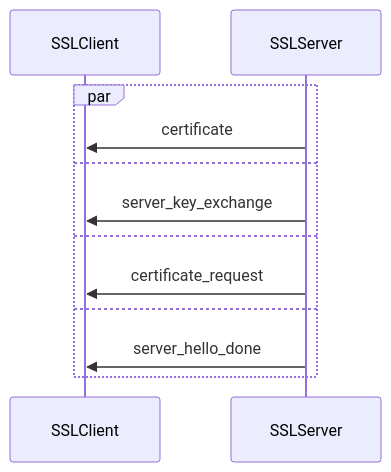
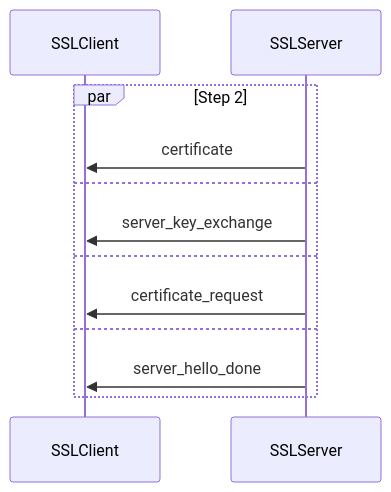
The third of 6 diagrams in notes_dev/net_security/vpn.md (jasonren0403/notes), drawn with Mermaid before and after one commit. The commit also changed other lines of this file and 30 other files, not shown here.

````diff
--- a/notes_dev/net_security/vpn.md
+++ b/notes_dev/net_security/vpn.md
@@ -459,14 +463,14 @@
 ```mermaid
 sequenceDiagram
 participant c as SSLClient
 participant s as SSLServer
-par
+par Step 2
 s->>c:certificate
 and
 s->>c:server_key_exchange
 and
 s->>c:certificate_request
 and
 s->>c:server_hello_done
 end
 ```
````
